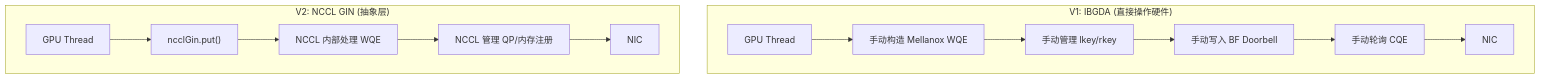
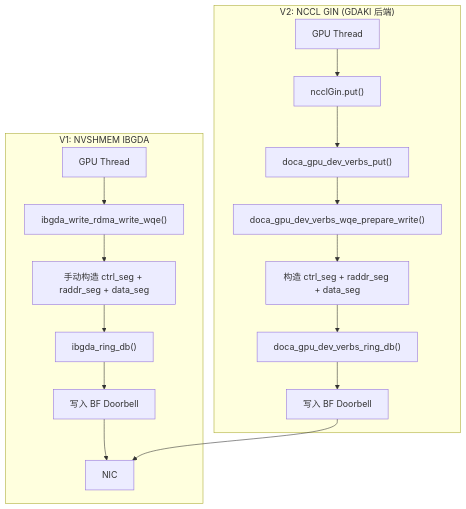
Before and after one commit to s0okiym/share: the fifth of 13 diagrams in deepep_communication_deep_dive.md, drawn with Mermaid. The commit also changed other lines of this file, not shown here.

````diff
--- a/deepep_communication_deep_dive.md
+++ b/deepep_communication_deep_dive.md
@@ -452,17 +476,20 @@
 ```mermaid
 flowchart TB
-    subgraph "V1: IBGDA (直接操作硬件)"
-        I1["GPU Thread"] --> I2["手动构造 Mellanox WQE"]
-        I2 --> I3["手动管理 lkey/rkey"]
-        I3 --> I4["手动写入 BF Doorbell"]
-        I4 --> I5["手动轮询 CQE"]
+    subgraph "V1: NVSHMEM IBGDA"
+        I1["GPU Thread"] --> I2["ibgda_write_rdma_write_wqe()"]
+        I2 --> I3["手动构造 ctrl_seg + raddr_seg + data_seg"]
+        I3 --> I4["ibgda_ring_db()"]
+        I4 --> I5["写入 BF Doorbell"]
         I5 --> I6["NIC"]
     end
-    
-    subgraph "V2: NCCL GIN (抽象层)"
+
+    subgraph "V2: NCCL GIN (GDAKI 后端)"
         G1["GPU Thread"] --> G2["ncclGin.put()"]
-        G2 --> G3["NCCL 内部处理 WQE"]
-        G3 --> G4["NCCL 管理 QP/内存注册"]
-        G4 --> G5["NIC"]
+        G2 --> G3["doca_gpu_dev_verbs_put()"]
+        G3 --> G4["doca_gpu_dev_verbs_wqe_prepare_write()"]
+        G4 --> G5["构造 ctrl_seg + raddr_seg + data_seg"]
+        G5 --> G6["doca_gpu_dev_verbs_ring_db()"]
+        G6 --> G7["写入 BF Doorbell"]
+        G7 --> I6
     end
 ```
````
